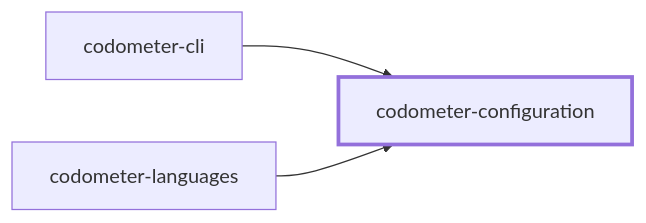
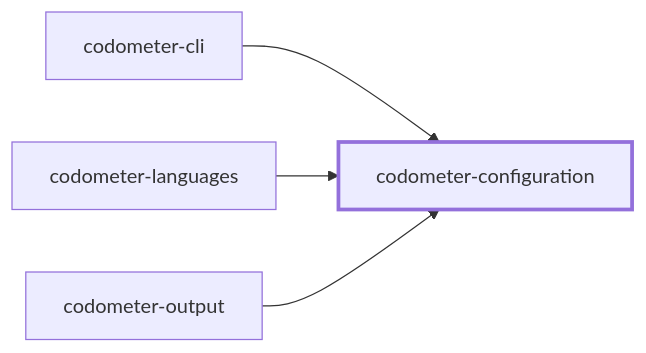
One commit to JimmyPaolini/codebase changed the first of 2 diagrams in packages/codometer-configuration/README.md. Above: the diagram before and after it, drawn with Mermaid. The commit also changed 63 other files, not shown here.

Commit message:
feat(codometer): ✨ consolidate output rendering into codometer-output

````diff
--- a/packages/codometer-configuration/README.md
+++ b/packages/codometer-configuration/README.md
@@ -389,10 +389,12 @@
 ```mermaid
 flowchart LR
   codometer_cli["codometer-cli"]
   codometer_configuration["codometer-configuration"]
   codometer_languages["codometer-languages"]
+  codometer_output["codometer-output"]
   codometer_cli --> codometer_configuration
   codometer_languages --> codometer_configuration
+  codometer_output --> codometer_configuration
   classDef subject stroke-width:3px
   class codometer_configuration subject
 ```
````
